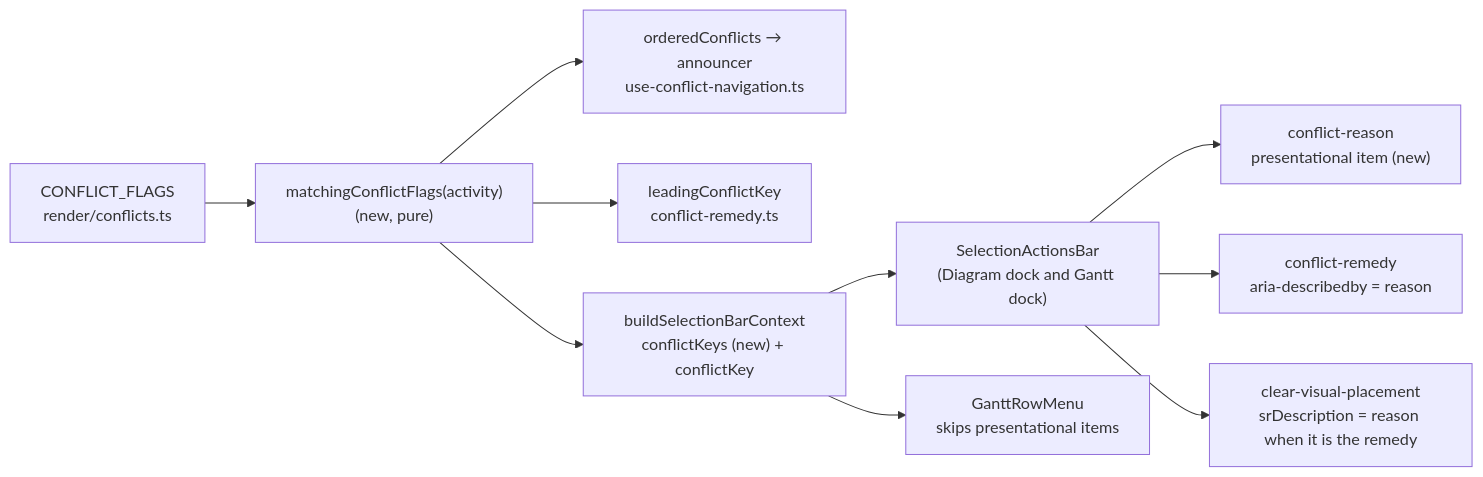
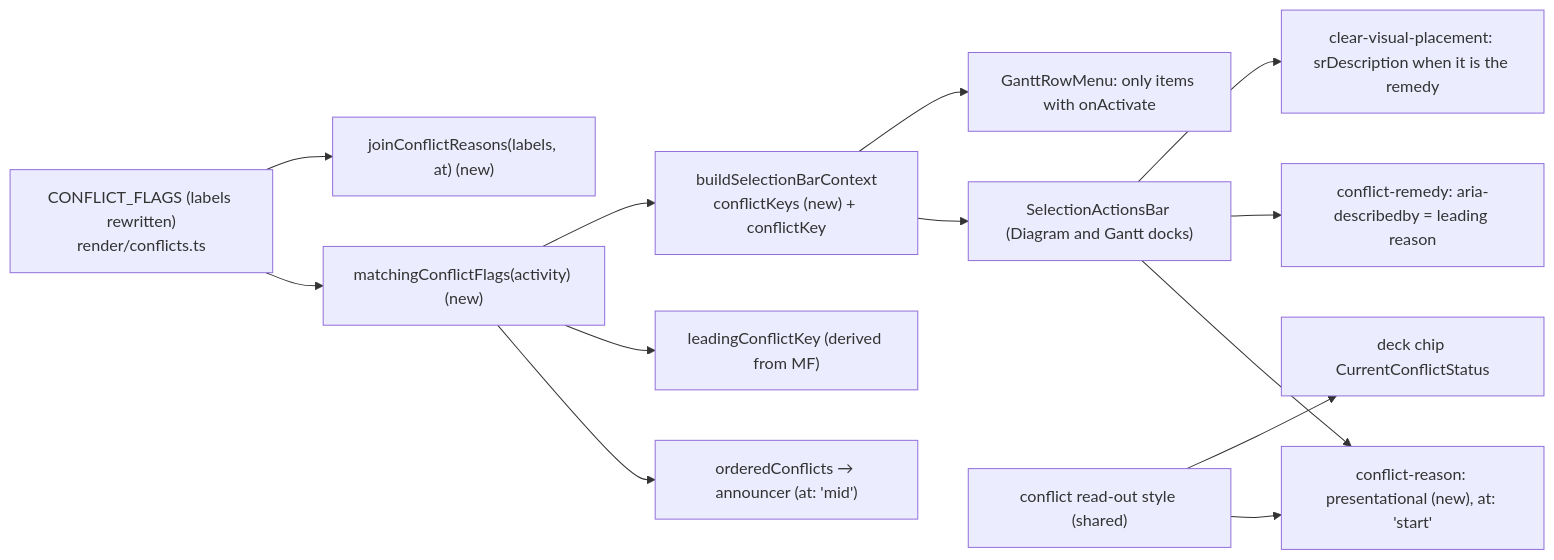
The first of 3 diagrams in docs/specs/conflict-reason-on-object/feature-spec.md (HuttonHomeHub/SchedulePoint_1), drawn with Mermaid before and after one commit. The commit also changed other lines of this file and 1 other file, not shown here.

First line of the commit message:
docs(docs): amend the conflict-reason-on-object spec after review (#479)

````diff
--- a/docs/specs/conflict-reason-on-object/feature-spec.md
+++ b/docs/specs/conflict-reason-on-object/feature-spec.md
@@ -267,12 +321,15 @@
 ```mermaid
 flowchart LR
-  CF["CONFLICT_FLAGS<br/>render/conflicts.ts"] --> MF["matchingConflictFlags(activity)<br/>(new, pure)"]
-  MF --> OC["orderedConflicts → announcer<br/>use-conflict-navigation.ts"]
-  MF --> LK["leadingConflictKey<br/>conflict-remedy.ts"]
+  CF["CONFLICT_FLAGS (labels rewritten)<br/>render/conflicts.ts"] --> MF["matchingConflictFlags(activity) (new)"]
+  CF --> JR["joinConflictReasons(labels, at) (new)"]
+  MF --> OC["orderedConflicts → announcer (at: 'mid')"]
+  MF --> LK["leadingConflictKey (derived from MF)"]
   MF --> B["buildSelectionBarContext<br/>conflictKeys (new) + conflictKey"]
-  B --> SB["SelectionActionsBar<br/>(Diagram dock and Gantt dock)"]
-  SB --> CR["conflict-reason<br/>presentational item (new)"]
-  SB --> RM["conflict-remedy<br/>aria-describedby = reason"]
-  SB --> CV["clear-visual-placement<br/>srDescription = reason when it is the remedy"]
-  B --> GM["GanttRowMenu<br/>skips presentational items"]
+  B --> SB["SelectionActionsBar (Diagram and Gantt docks)"]
+  SB --> CR["conflict-reason: presentational (new), at: 'start'"]
+  SB --> RM["conflict-remedy: aria-describedby = leading reason"]
+  SB --> CV["clear-visual-placement: srDescription when it is the remedy"]
+  B --> GM["GanttRowMenu: only items with onActivate"]
+  ST["conflict read-out style (shared)"] --> CR
+  ST --> CH["deck chip CurrentConflictStatus"]
 ```
````
